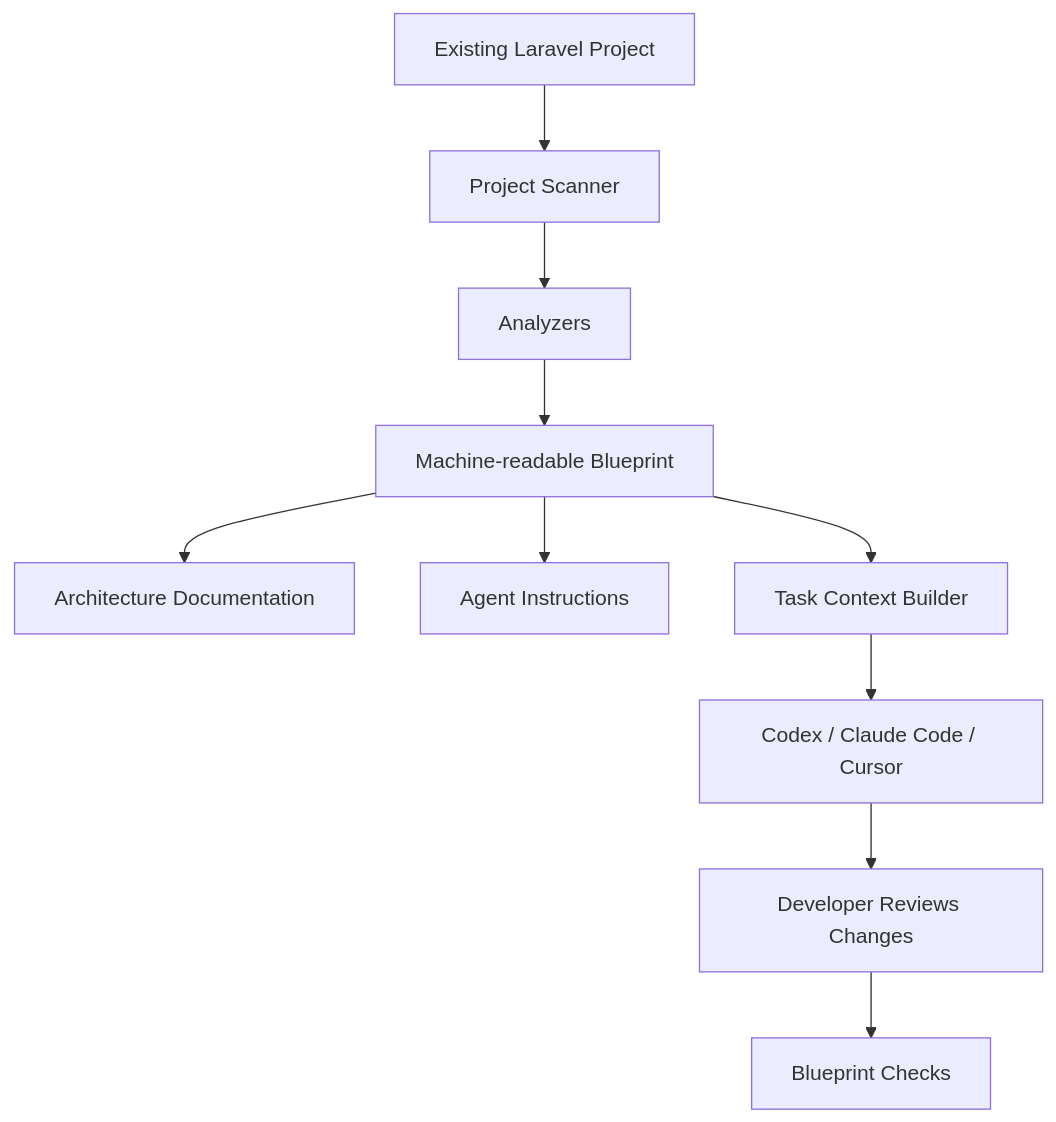
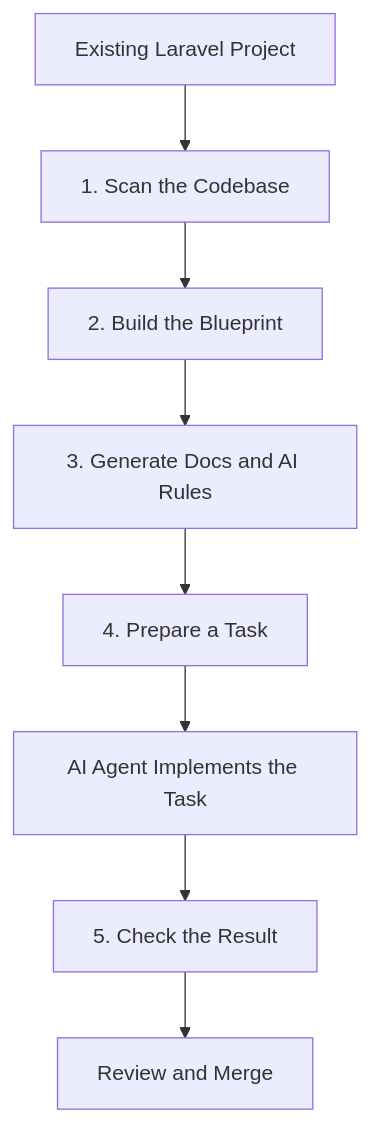
Before and after one commit to AndrewProd/laravel-ai-blueprint: the diagram in README.md, drawn with Mermaid. The commit also changed other lines of this file and 173 other files, not shown here.

First line of the commit message:
Implement Laravel AI Blueprint MVP v0.1.0

````diff
--- a/README.md
+++ b/README.md
@@ -153,12 +109,10 @@
 ```mermaid
 flowchart TD
-    A["Existing Laravel Project"] --> B["Project Scanner"]
-    B --> C["Analyzers"]
-    C --> D["Machine-readable Blueprint"]
-    D --> E["Architecture Documentation"]
-    D --> F["Agent Instructions"]
-    D --> G["Task Context Builder"]
-    G --> H["Codex / Claude Code / Cursor"]
-    H --> I["Developer Reviews Changes"]
-    I --> J["Blueprint Checks"]
+    A["Existing Laravel Project"] --> B["1. Scan the Codebase"]
+    B --> C["2. Build the Blueprint"]
+    C --> D["3. Generate Docs and AI Rules"]
+    D --> E["4. Prepare a Task"]
+    E --> F["AI Agent Implements the Task"]
+    F --> G["5. Check the Result"]
+    G --> H["Review and Merge"]
 ```
````
